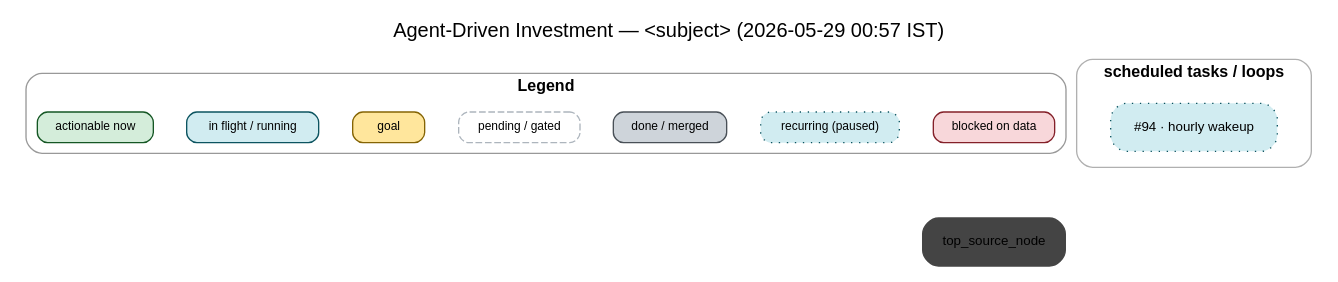
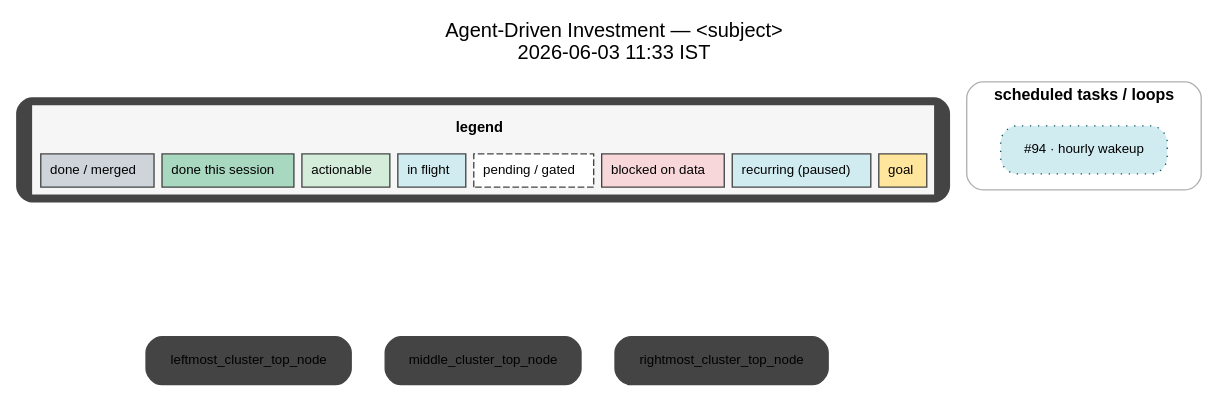
One commit to shayanrc/agent-driven-investment changed the diagram in .claude/memories/feedback-task-priority-graph.md. Above: the diagram before and after it, drawn with Graphviz. The commit also changed other lines of this file and 1 other file, not shown here.

Commit message:
chore: dependency-graph house style — HTML-table legend in isolated top rank
The cluster_legend swatch-row approach couldn't be reliably centered or kept
in its own rank against multiple cluster anchors (the cluster bounding boxes
drifted up to the legend's vertical band). Replace with: single HTML-table
plaintext node at rank=min, centered via L/C/R spacer-row + invisible
weight=100 anchor edges from each spacer to every cluster's top node.

Side benefits:
- explicit FACE/POINT-SIZE on every FONT tag → SVG/PNG render parity
- optional "done this session" swatch (#a8d8c0, mid-green between
  done-gray and actionable-bright-green) for distinguishing recent work
- newrank=true at graph level so rank=min works across clusters

Memory's canonical DOT skeleton replaced with the new pattern.
CLAUDE.md § "Presenting plans and priorities" updated to match.

````diff
--- a/.claude/memories/feedback-task-priority-graph.md
+++ b/.claude/memories/feedback-task-priority-graph.md
@@ -40,34 +41,54 @@
 ```dot
 digraph deps {
   rankdir=TB;
+  newrank=true;
   graph [fontname="Helvetica", bgcolor="white", splines=true, nodesep=0.35, ranksep=0.7,
          labelloc="t", fontsize=15,
-         label="Agent-Driven Investment — <subject> (2026-05-29 00:57 IST)"];
+         label="Agent-Driven Investment — <subject>\n2026-06-03 11:33 IST"];
   node [shape=box, style="rounded,filled", fontname="Helvetica", fontsize=10, margin="0.16,0.09", color="#444444"];
   edge [fontname="Helvetica", fontsize=8, color="#888888"];
 
-  subgraph cluster_legend {
-    label="Legend"; labelloc="t"; fontsize=12; fontname="Helvetica-Bold"; style="rounded"; color="#999999"; margin=8;
-    node [shape=box, style="rounded,filled", fontsize=9, margin="0.12,0.05", height=0.32];
-    lg_action [label="actionable now",     fillcolor="#d4edda", color="#155724"];
-    lg_flight [label="in flight / running", fillcolor="#d1ecf1", color="#0c5460"];
-    lg_goal   [label="goal",                fillcolor="#ffe69c", color="#856404"];
-    lg_pend   [label="pending / gated",     fillcolor="#ffffff", color="#adb5bd", style="rounded,filled,dashed"];
-    lg_done   [label="done / merged",       fillcolor="#ced4da", color="#495057"];
-    lg_recur  [label="recurring (paused)",  fillcolor="#d1ecf1", color="#0c5460", style="rounded,filled,dotted"];
-    lg_block  [label="blocked on data",     fillcolor="#f8d7da", color="#842029"];
-    lg_action -> lg_flight -> lg_goal -> lg_pend -> lg_done -> lg_recur -> lg_block [style=invis];
-    { rank=same; lg_action; lg_flight; lg_goal; lg_pend; lg_done; lg_recur; lg_block; }
-  }
+  /* ---------- legend (single wide HTML-table node, isolated top rank) ---------- */
+  legend [shape=plaintext, label=<
+    <TABLE BORDER="0" CELLBORDER="1" CELLSPACING="6" CELLPADDING="6" BGCOLOR="#f6f6f6">
+      <TR>
+        <TD COLSPAN="8" BORDER="0"><FONT FACE="Helvetica" POINT-SIZE="11"><B>legend</B></FONT></TD>
+      </TR>
+      <TR>
+        <TD BGCOLOR="#ced4da"><FONT FACE="Helvetica" POINT-SIZE="10">done / merged</FONT></TD>
+        <TD BGCOLOR="#a8d8c0"><FONT FACE="Helvetica" POINT-SIZE="10">done this session</FONT></TD>
+        <TD BGCOLOR="#d4edda"><FONT FACE="Helvetica" POINT-SIZE="10">actionable</FONT></TD>
+        <TD BGCOLOR="#d1ecf1"><FONT FACE="Helvetica" POINT-SIZE="10">in flight</FONT></TD>
+        <TD BGCOLOR="#ffffff" STYLE="dashed"><FONT FACE="Helvetica" POINT-SIZE="10">pending / gated</FONT></TD>
+        <TD BGCOLOR="#f8d7da"><FONT FACE="Helvetica" POINT-SIZE="10">blocked on data</FONT></TD>
+        <TD BGCOLOR="#d1ecf1"><FONT FACE="Helvetica" POINT-SIZE="10">recurring (paused)</FONT></TD>
+        <TD BGCOLOR="#ffe69c"><FONT FACE="Helvetica" POINT-SIZE="10">goal</FONT></TD>
+      </TR>
+    </TABLE>
+  >];
+  /* Dedicated empty spacer row enforces visual gap between legend (rank=min) and ALL clusters. */
+  spacer_L [shape=point, width=0.01, style=invis];
+  spacer_C [shape=point, width=0.01, style=invis];
+  spacer_R [shape=point, width=0.01, style=invis];
+  {rank=min;  legend;}
+  {rank=same; spacer_L; spacer_C; spacer_R;}
+  /* Strong vertical pull keeps legend ABOVE the spacer row */
+  legend -> spacer_L [style=invis, weight=1];
+  legend -> spacer_C [style=invis, weight=100];
+  legend -> spacer_R [style=invis, weight=1];
+  /* EVERY cluster's top-most node must have a weight=100 invisible edge from a spacer,
+     so the cluster cannot drift up to the legend's rank. Distribute across L/C/R to control x-position. */
+  spacer_L -> <leftmost_cluster_top_node>  [style=invis, weight=100];
+  spacer_C -> <middle_cluster_top_node>    [style=invis, weight=100];
+  spacer_R -> <rightmost_cluster_top_node> [style=invis, weight=100];
+  /* repeat spacer_? → <top_node> for every cluster you add */
 
+  /* ---------- work clusters ---------- */
   subgraph cluster_work { label="<module · phase>"; labelloc="t"; fontsize=12; fontname="Helvetica-Bold"; style="rounded"; color="#b0b0b0"; margin=12;
     /* work nodes here */ }
   subgraph cluster_scheduled { label="scheduled tasks / loops"; labelloc="t"; fontsize=12; fontname="Helvetica-Bold"; style="rounded"; color="#b0b0b0"; margin=12;
     WAKE [label="#94 · hourly wakeup", fillcolor="#d1ecf1", color="#0c5460", style="rounded,filled,dotted"]; }
 
   /* dependency edges ... */
-
-  /* force the legend band above every top-of-graph source node */
-  lg_block -> <top_source_node> [style=invis];   /* repeat for each source node */
 }
 ```
````
